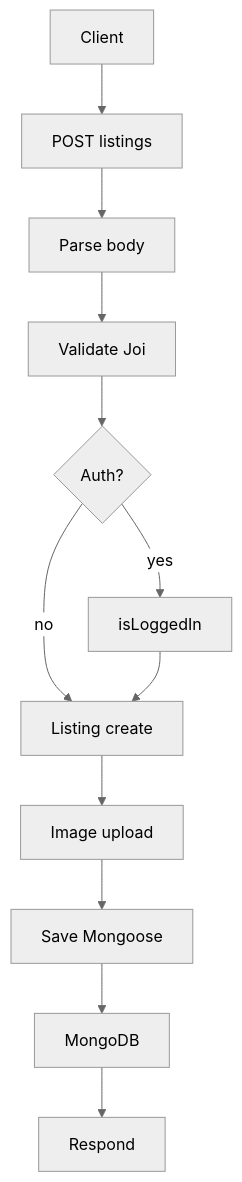
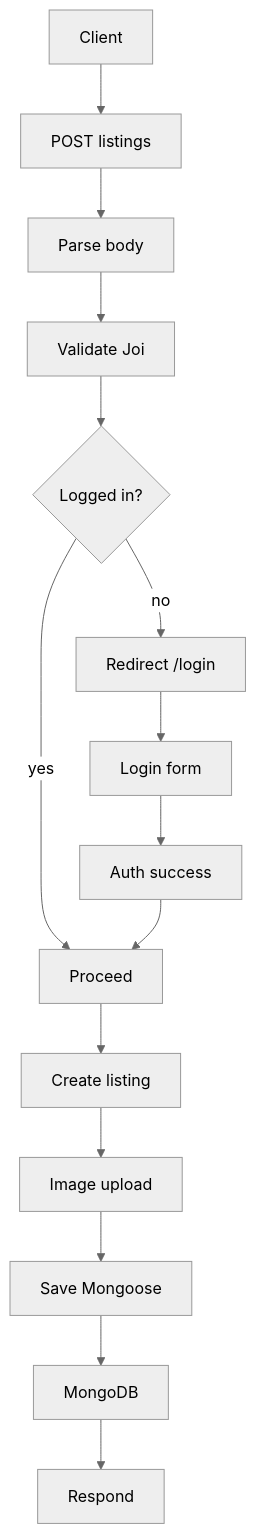
Before and after one commit to rootcode-creator/commercial-home-rent: the diagram in README.md, drawn with Mermaid (neutral theme).

````diff
--- a/README.md
+++ b/README.md
@@ -204,14 +204,17 @@
 ```mermaid
 flowchart TD
         A[Client] --> B[POST listings]
         B --> C[Parse body]
         C --> D[Validate Joi]
-        D --> E{Auth?}
-        E -->|yes| F[isLoggedIn]
-        E -->|no| G[Listing create]
-        F --> G
+        D --> E{Logged in?}
+        E -->|yes| F[Proceed]
+        E -->|no| L[Redirect /login]
+        L --> M[Login form]
+        M --> N[Auth success]
+        N --> F
+        F --> G[Create listing]
         G --> H[Image upload]
         H --> I[Save Mongoose]
         I --> J[MongoDB]
         J --> K[Respond]
 ```
````
